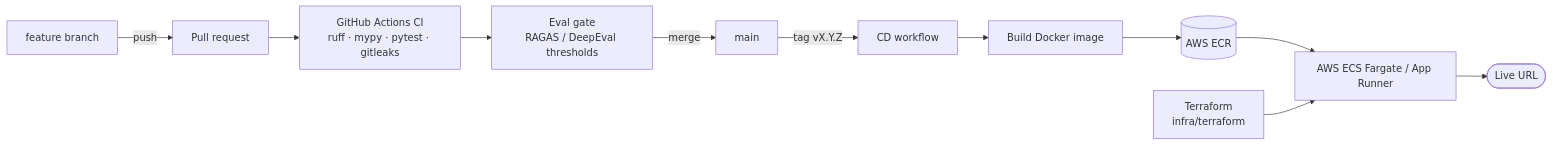
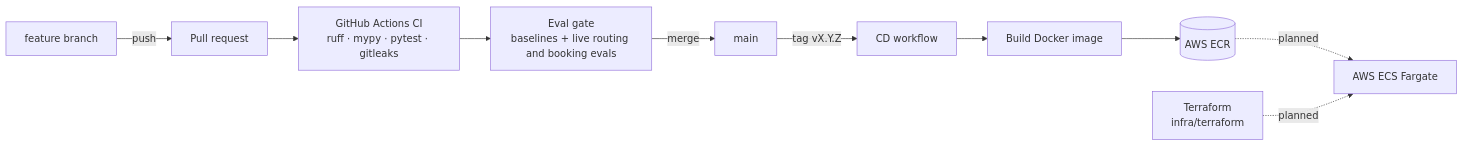
The sixth of 6 diagrams in docs/ARCHITECTURE.md (KeertiPremGadde/agentic-healthcare-assistant), drawn with Mermaid before and after one commit. The commit also changed other lines of this file and 69 other files, not shown here.

````diff
--- a/docs/ARCHITECTURE.md
+++ b/docs/ARCHITECTURE.md
@@ -128,12 +130,11 @@
 ```mermaid
 flowchart LR
     DEV[feature branch] -->|push| PR[Pull request]
     PR --> CI[GitHub Actions CI<br/>ruff · mypy · pytest · gitleaks]
-    CI --> EV[Eval gate<br/>RAGAS / DeepEval thresholds]
+    CI --> EV[Eval gate<br/>baselines + live routing and booking evals]
     EV -->|merge| MAIN[main]
     MAIN -->|tag vX.Y.Z| CD[CD workflow]
     CD --> IMG[Build Docker image] --> ECR[(AWS ECR)]
-    ECR --> ECS[AWS ECS Fargate / App Runner]
-    TF[Terraform<br/>infra/terraform] --> ECS
-    ECS --> LIVE([Live URL])
+    ECR -.->|planned| ECS[AWS ECS Fargate]
+    TF[Terraform<br/>infra/terraform] -.->|planned| ECS
 ```
````
